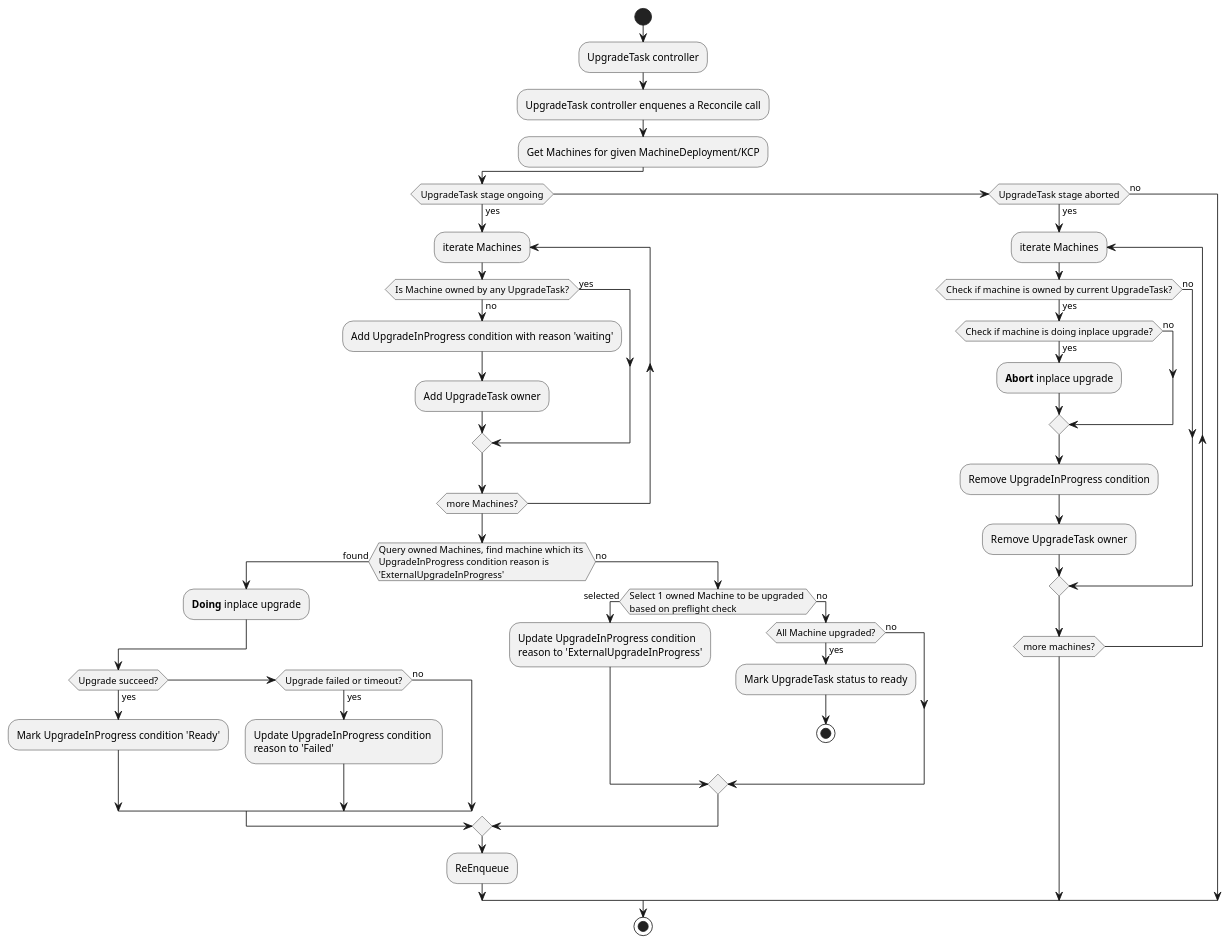
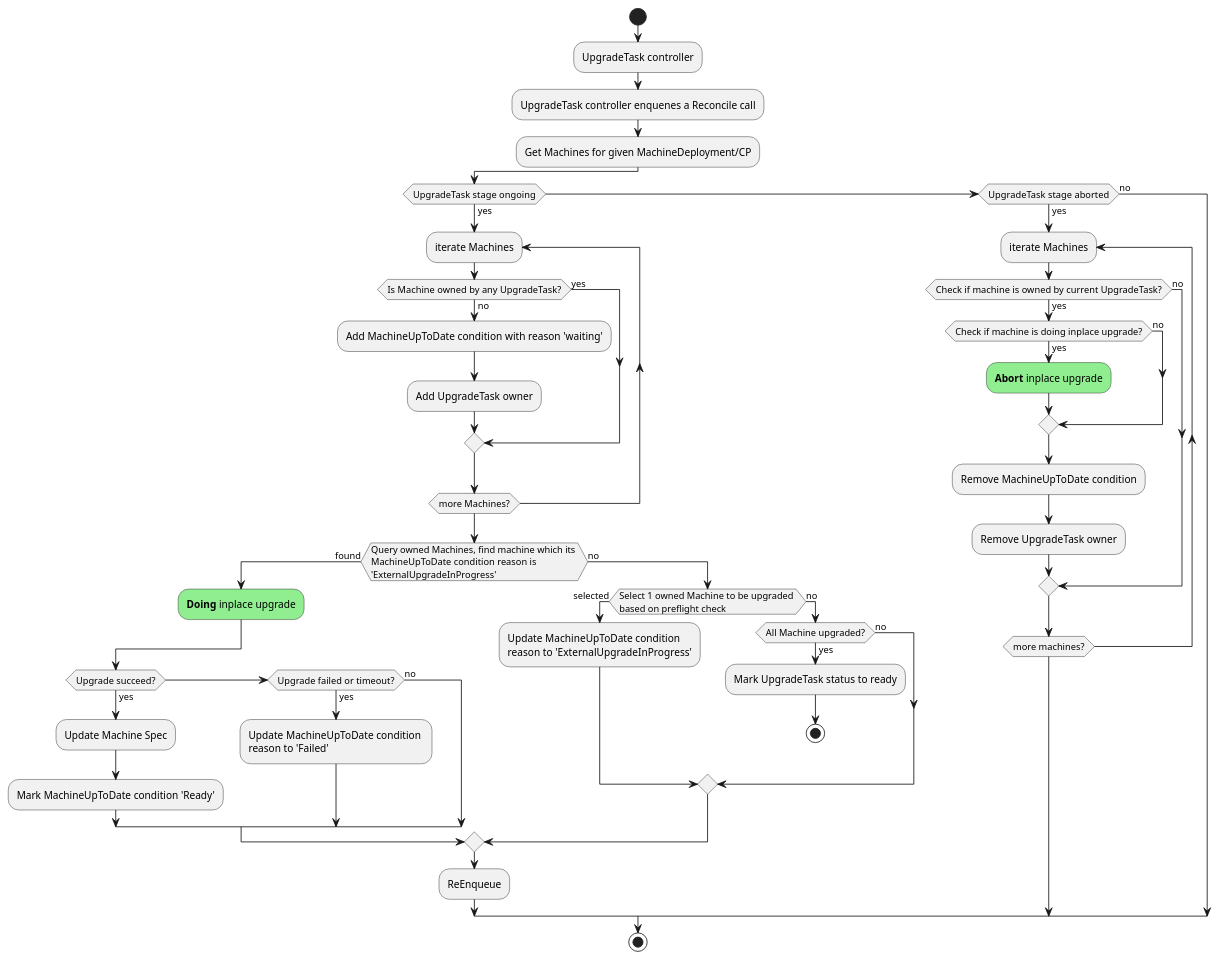
The diagram in upgradeTask-reconcile.pu (mogliang/inplaceupgrade), drawn with PlantUML before and after one commit. The commit also changed 5 other files, not shown here.

```diff
--- a/upgradeTask-reconcile.pu
+++ b/upgradeTask-reconcile.pu
@@ -1,54 +1,55 @@
 @startuml reconcile
 
 start
 
 :UpgradeTask controller;
 :UpgradeTask controller enquenes a Reconcile call;
-:Get Machines for given MachineDeployment/KCP;
+:Get Machines for given MachineDeployment/CP;
 
 if (UpgradeTask stage ongoing) then (yes)
   repeat :iterate Machines
     if (Is Machine owned by any UpgradeTask?) then (no)
-        :Add UpgradeInProgress condition with reason 'waiting';
+        :Add MachineUpToDate condition with reason 'waiting';
         :Add UpgradeTask owner;
     else (yes)
     endif
   repeat while (more Machines?)
-  if (Query owned Machines, find machine which its \nUpgradeInProgress condition reason is \n'ExternalUpgradeInProgress') then (found)
-    :**Doing** inplace upgrade;
+  if (Query owned Machines, find machine which its \nMachineUpToDate condition reason is \n'ExternalUpgradeInProgress') then (found)
+    #lightGreen:**Doing** inplace upgrade;
     if (Upgrade succeed?) then (yes)
-      :Mark UpgradeInProgress condition 'Ready';
+      :Update Machine Spec;
+      :Mark MachineUpToDate condition 'Ready';
     else if (Upgrade failed or timeout?) then (yes)
-      :Update UpgradeInProgress condition \nreason to 'Failed';
+      :Update MachineUpToDate condition \nreason to 'Failed';
     else (no)
     endif
   else (no)
     if (Select 1 owned Machine to be upgraded \nbased on preflight check) then (selected)
-      :Update UpgradeInProgress condition \nreason to 'ExternalUpgradeInProgress';
+      :Update MachineUpToDate condition \nreason to 'ExternalUpgradeInProgress';
     else (no)
       if (All Machine upgraded?) then (yes)
         :Mark UpgradeTask status to ready;
         stop
       else (no)
       endif
     endif
   endif
   :ReEnqueue;
 else if (UpgradeTask stage aborted) then (yes)
   repeat :iterate Machines
     if (Check if machine is owned by current UpgradeTask?) then (yes)
         if (Check if machine is doing inplace upgrade?) then (yes)
-          :**Abort** inplace upgrade;
+          #lightGreen:**Abort** inplace upgrade;
         else (no)
         endif
-        :Remove UpgradeInProgress condition;
+        :Remove MachineUpToDate condition;
         :Remove UpgradeTask owner;
     else (no)
     endif
   repeat while (more machines?)
 else (no)
 endif
 
 stop
 
 @enduml
```
